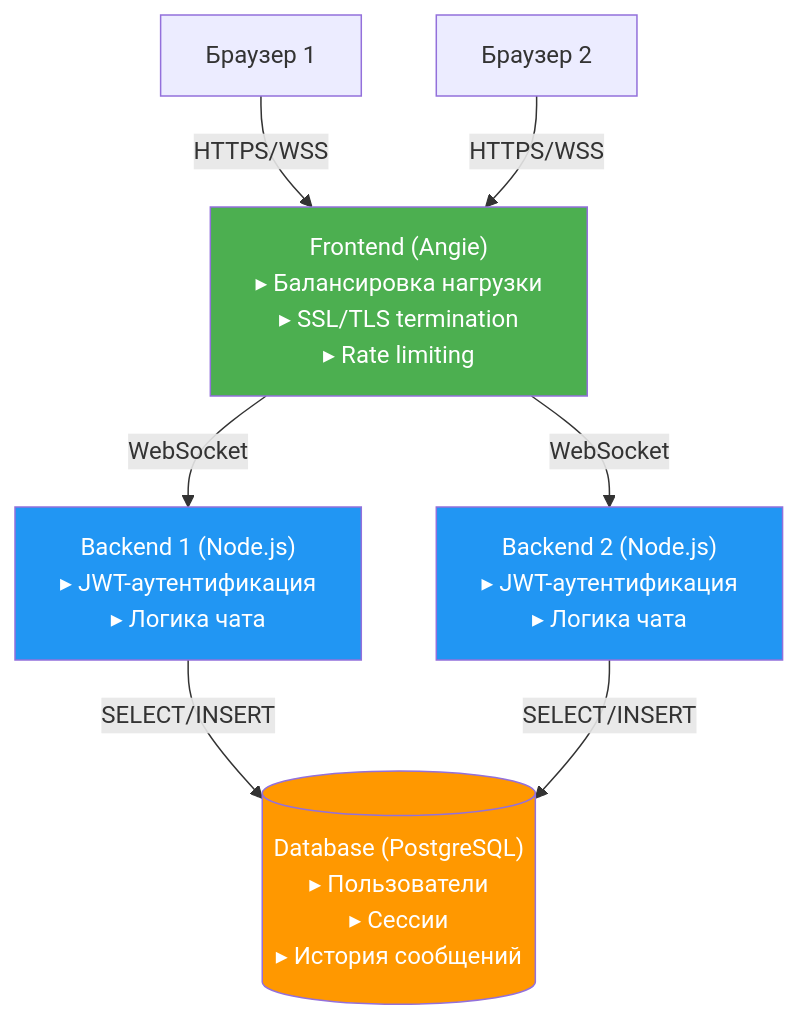
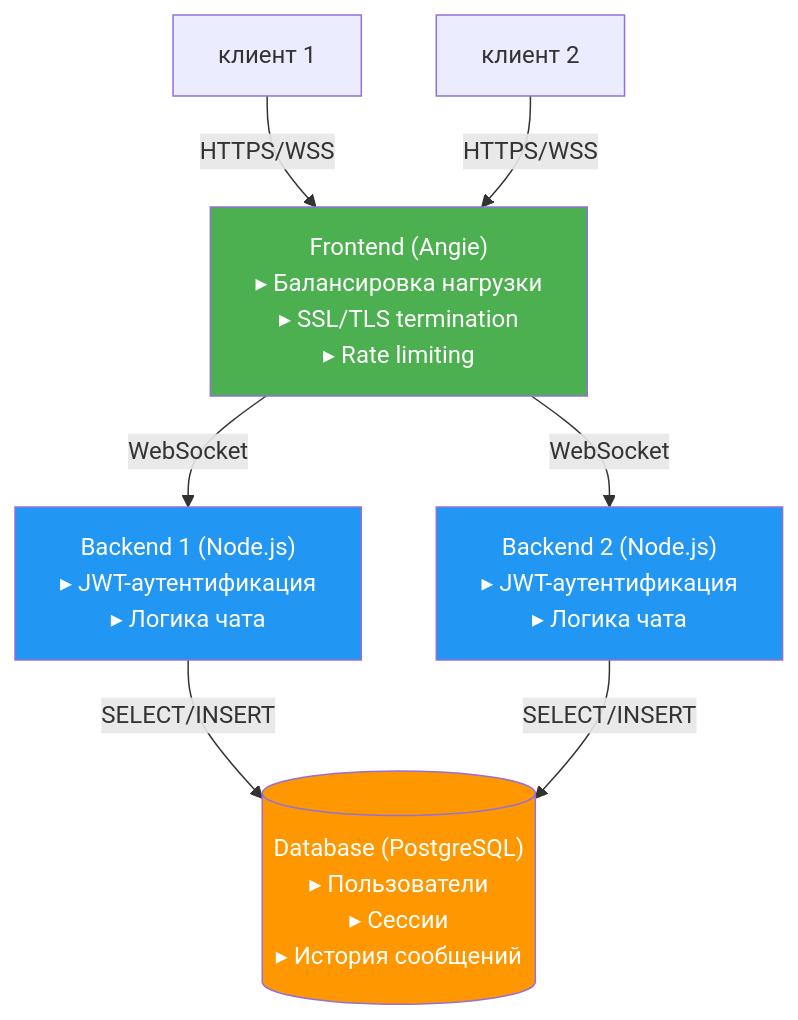
Before and after one commit to dbereznoy/diplom-angie: the diagram in README.md, drawn with Mermaid.

````diff
--- a/README.md
+++ b/README.md
@@ -2,34 +2,34 @@
 ```mermaid
 graph TD;
-    Client1[Браузер 1] -->|HTTPS/WSS| Frontend;
-    Client2[Браузер 2] -->|HTTPS/WSS| Frontend;
+    Client1[клиент 1] -->|HTTPS/WSS| Frontend;
+    Client2[клиент 2] -->|HTTPS/WSS| Frontend;
     
     Frontend["Frontend (Angie)
     ▸ Балансировка нагрузки
     ▸ SSL/TLS termination
     ▸ Rate limiting"];
     
     Frontend -->|WebSocket| Backend1;
     Frontend -->|WebSocket| Backend2;
     
     Backend1["Backend 1 (Node.js)
     ▸ JWT-аутентификация
     ▸ Логика чата"];
     
     Backend2["Backend 2 (Node.js)
     ▸ JWT-аутентификация
     ▸ Логика чата"];
     
     Backend1 -->|SELECT/INSERT| Database;
     Backend2 -->|SELECT/INSERT| Database;
     
     Database[("Database (PostgreSQL)
     ▸ Пользователи
     ▸ Сессии
     ▸ История сообщений")];
     
     style Frontend fill:#4CAF50,color:white
     style Backend1 fill:#2196F3,color:white
     style Backend2 fill:#2196F3,color:white
     style Database fill:#FF9800,color:white
 ```
````
